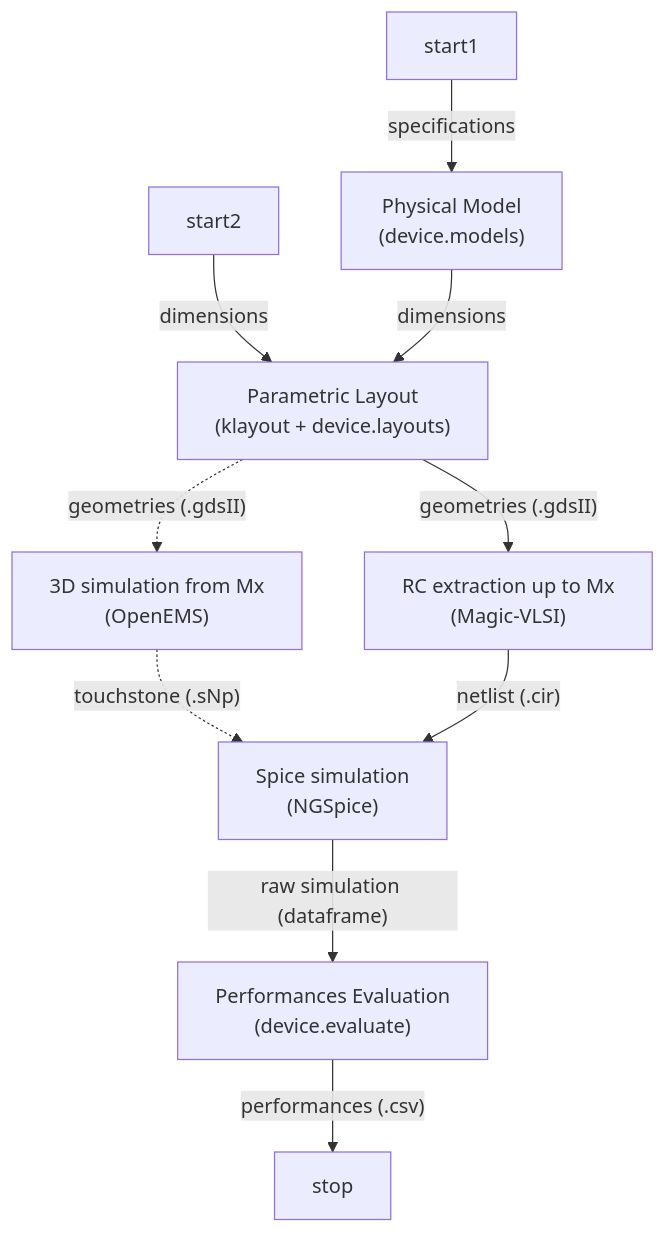
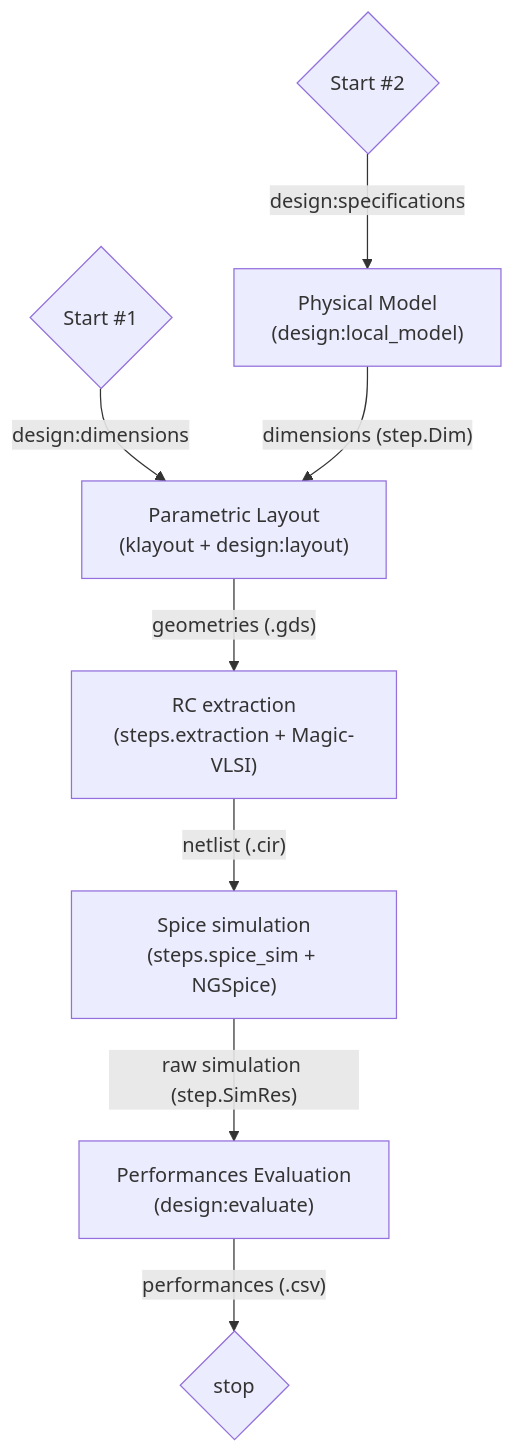
One commit to Patarimi/haadic changed the diagram in docs/README.md. Above: the diagram before and after it, drawn with Mermaid. The commit also changed other lines of this file and 2 other files, not shown here.

Commit message:
doc and package

````diff
--- a/docs/README.md
+++ b/docs/README.md
@@ -24,19 +24,23 @@
 ```mermaid
 flowchart TD
-    start1 -- "specifications" --> app["Physical Model
-(device.models)"]
-    start2 -- "dimensions" --> pl
-    app --dimensions --> pl["Parametric Layout
-(klayout + device.layouts)"]
-    pl --"geometries (.gdsII)" --> be_ext["RC extraction up to Mx
-(Magic-VLSI)"]
-    pl -."geometries (.gdsII)" .-> fe_ext["3D simulation from Mx
-(OpenEMS)"]
-    fe_ext -. "touchstone (.sNp)" .-> sim["Spice simulation
-(NGSpice)"]
+    s1{Start #2}
+    s2{Start #1}
+    app["Physical Model
+(design:local_model)"]
+    pl["Parametric Layout
+(klayout + design:layout)"]
+    be_ext["RC extraction
+(steps.extraction + Magic-VLSI)"]
+    sim["Spice simulation
+(steps.spice_sim + NGSpice)"]
+    spec["Performances Evaluation
+(design:evaluate)"]
+
+    s1 -- "design:specifications" --> app
+    s2 -- "design:dimensions" --> pl
+    app --"dimensions (step.Dim)" --> pl
+    pl --"geometries (.gds)" --> be_ext
     be_ext --"netlist (.cir)" --> sim
-    sim --"raw simulation (dataframe)" --> spec["Performances Evaluation
-    (device.evaluate)"]
-    spec --"performances (.csv)" --> stop
-
+    sim --"raw simulation (step.SimRes)" --> spec
+    spec --"performances (.csv)" --> st{stop}
 ```
````
